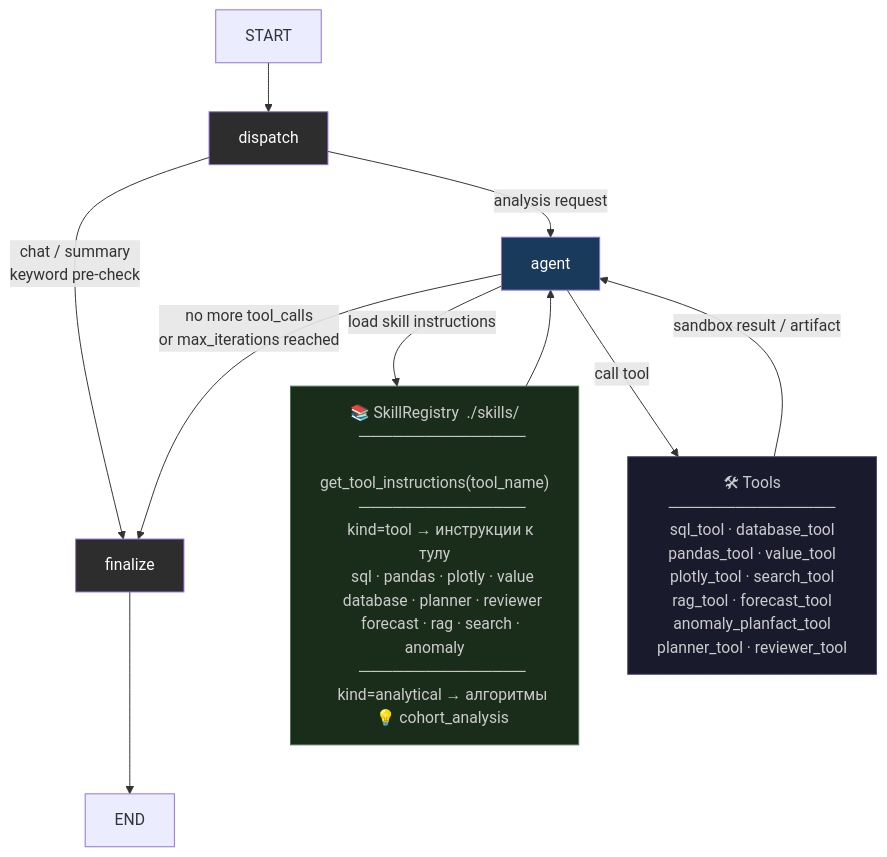
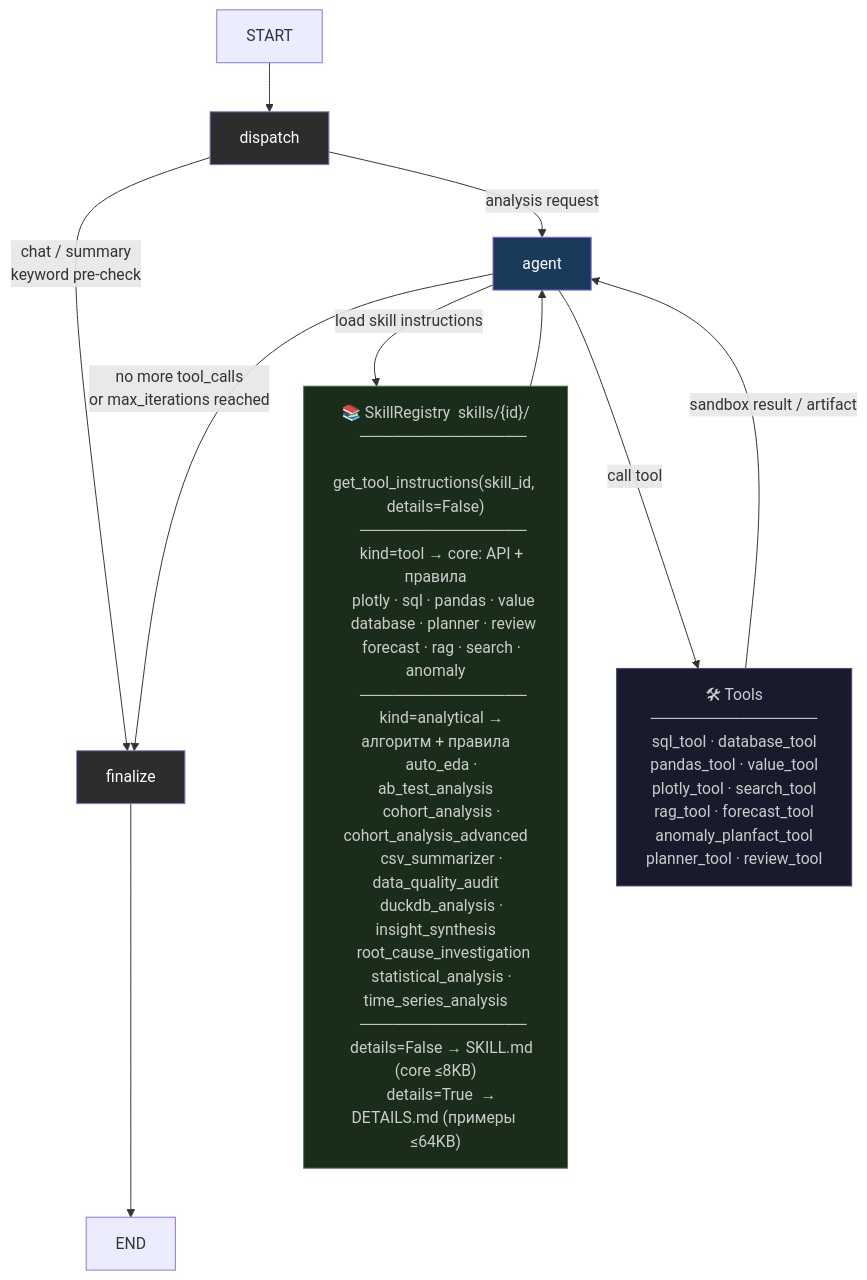
Before and after one commit to dimkablin/llm-data-analyst: the diagram in docs/diagram_03_agent_statemachine.md, drawn with Mermaid. The commit also changed 4 other files, not shown here.

Commit message:
updated diagrams

````diff
--- a/docs/diagram_03_agent_statemachine.md
+++ b/docs/diagram_03_agent_statemachine.md
@@ -5,43 +5,51 @@
 ```mermaid
 flowchart TD
     START --> dispatch
 
     dispatch -->|"chat / summary\nkeyword pre-check"| finalize
     dispatch -->|"analysis request"| agent
 
     agent -->|"load skill instructions"| skills
     skills --> agent
 
     agent -->|"call tool"| tools
     tools -->|"sandbox result / artifact"| agent
 
     agent -->|"no more tool_calls\nor max_iterations reached"| finalize
     finalize --> END
 
-    skills["📚 SkillRegistry  ./skills/
+    skills["📚 SkillRegistry  skills/{id}/
     ───────────────
-    get_tool_instructions(tool_name)
+    get_tool_instructions(skill_id, details=False)
     ───────────────
-    kind=tool → инструкции к тулу
-    sql · pandas · plotly · value
-    database · planner · reviewer
+    kind=tool → core: API + правила
+    plotly · sql · pandas · value
+    database · planner · review
     forecast · rag · search · anomaly
     ───────────────
-    kind=analytical → алгоритмы
-    💡 cohort_analysis"]
+    kind=analytical → алгоритм + правила
+    auto_eda · ab_test_analysis
+    cohort_analysis · cohort_analysis_advanced
+    csv_summarizer · data_quality_audit
+    duckdb_analysis · insight_synthesis
+    root_cause_investigation
+    statistical_analysis · time_series_analysis
+    ───────────────
+    details=False → SKILL.md (core ≤8KB)
+    details=True  → DETAILS.md (примеры ≤64KB)"]
 
     tools["🛠 Tools
     ───────────────
     sql_tool · database_tool
     pandas_tool · value_tool
     plotly_tool · search_tool
     rag_tool · forecast_tool
     anomaly_planfact_tool
-    planner_tool · reviewer_tool"]
+    planner_tool · review_tool"]
 
     style dispatch fill:#2d2d2d,color:#fff
     style agent fill:#1a3a5c,color:#fff
     style finalize fill:#2d2d2d,color:#fff
     style skills fill:#1a2d1a,color:#ccc,stroke:#4a7a4a
     style tools fill:#1a1a2d,color:#ccc,stroke:#4a4a7a
 ```
````
